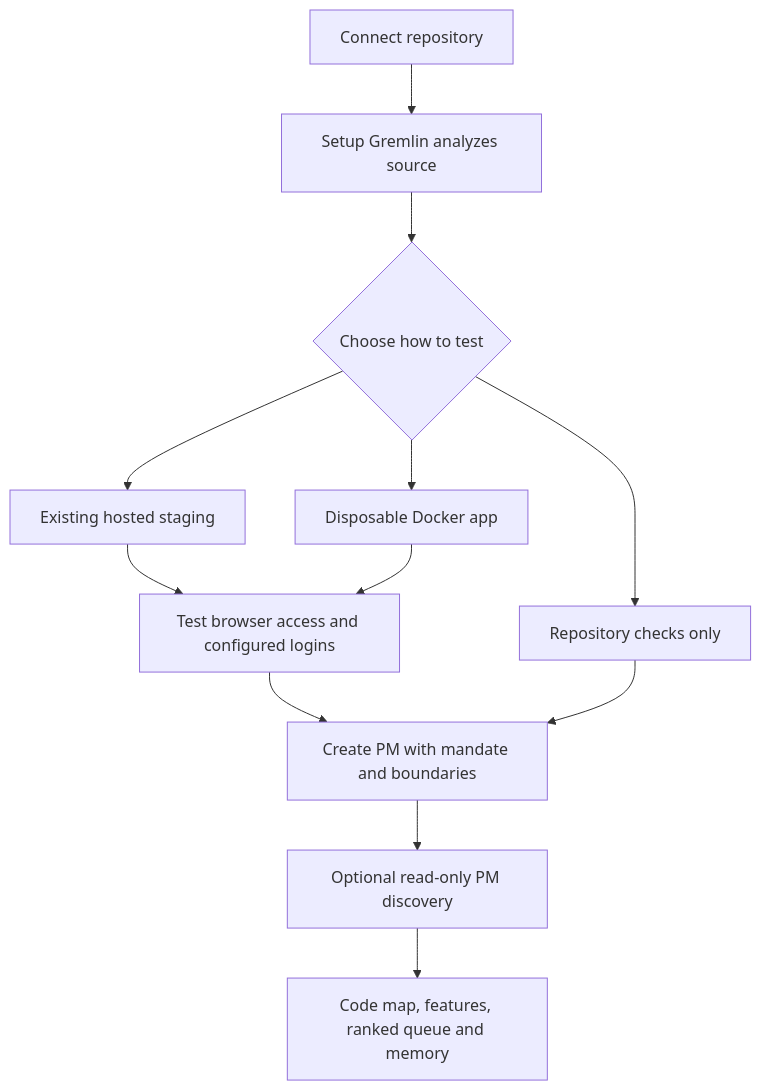
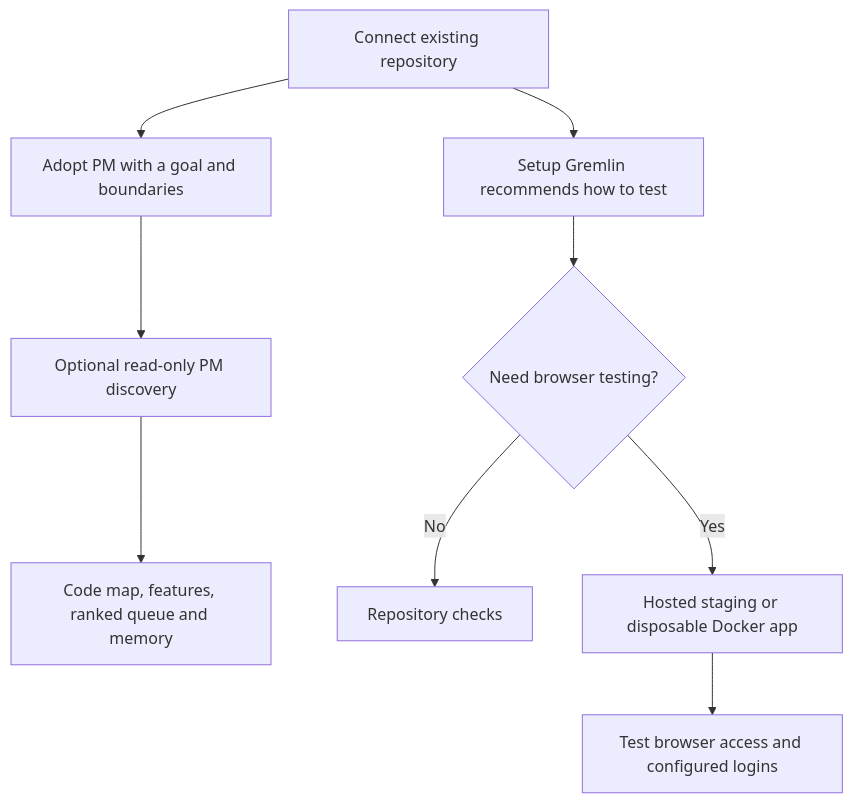
Before and after one commit to AgentBurgundy/shipgremlins: the first of 2 diagrams in docs/PM_WORKFLOW.md, drawn with Mermaid. The commit also changed other lines of this file and 122 other files, not shown here.

````diff
--- a/docs/PM_WORKFLOW.md
+++ b/docs/PM_WORKFLOW.md
@@ -12,14 +12,11 @@
 ```mermaid
 flowchart TD
-  Repo[Connect repository] --> Setup[Setup Gremlin analyzes source]
-  Setup --> Strategy{Choose how to test}
-  Strategy --> Hosted[Existing hosted staging]
-  Strategy --> Docker[Disposable Docker app]
-  Strategy --> Code[Repository checks only]
-  Hosted --> Access[Test browser access and configured logins]
-  Docker --> Access
-  Access --> PM[Create PM with mandate and boundaries]
-  Code --> PM
+  Repo[Connect existing repository] --> PM[Adopt PM with a goal and boundaries]
   PM --> Discovery[Optional read-only PM discovery]
   Discovery --> Memory[Code map, features, ranked queue and memory]
+  Repo --> Setup[Setup Gremlin recommends how to test]
+  Setup --> Strategy{Need browser testing?}
+  Strategy -->|No| Code[Repository checks]
+  Strategy -->|Yes| Hosted[Hosted staging or disposable Docker app]
+  Hosted --> Access[Test browser access and configured logins]
 ```
````
